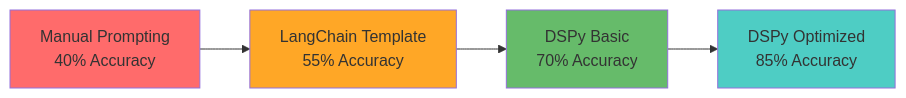
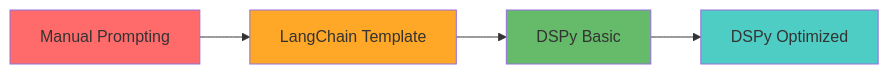
The seventh of 10 diagrams in sessions/session-0/presentation.md (pysprings/dspy-sequence), drawn with Mermaid before and after one commit. The commit also changed other lines of this file and 4 other files, not shown here.

````diff
--- a/sessions/session-0/presentation.md
+++ b/sessions/session-0/presentation.md
@@ -283,11 +283,11 @@
 ```mermaid
 graph LR
-    A[Manual Prompting<br/>40% Accuracy] --> B[LangChain Template<br/>55% Accuracy]
-    B --> C[DSPy Basic<br/>70% Accuracy]
-    C --> D[DSPy Optimized<br/>85% Accuracy]
+    A[Manual Prompting] --> B[LangChain Template]
+    B --> C[DSPy Basic]
+    C --> D[DSPy Optimized]
     
     style A fill:#ff6b6b
     style B fill:#ffa726
     style C fill:#66bb6a
     style D fill:#4ecdc4
 ```
````
